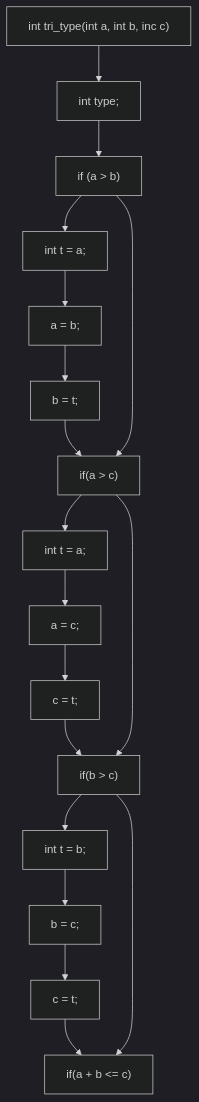
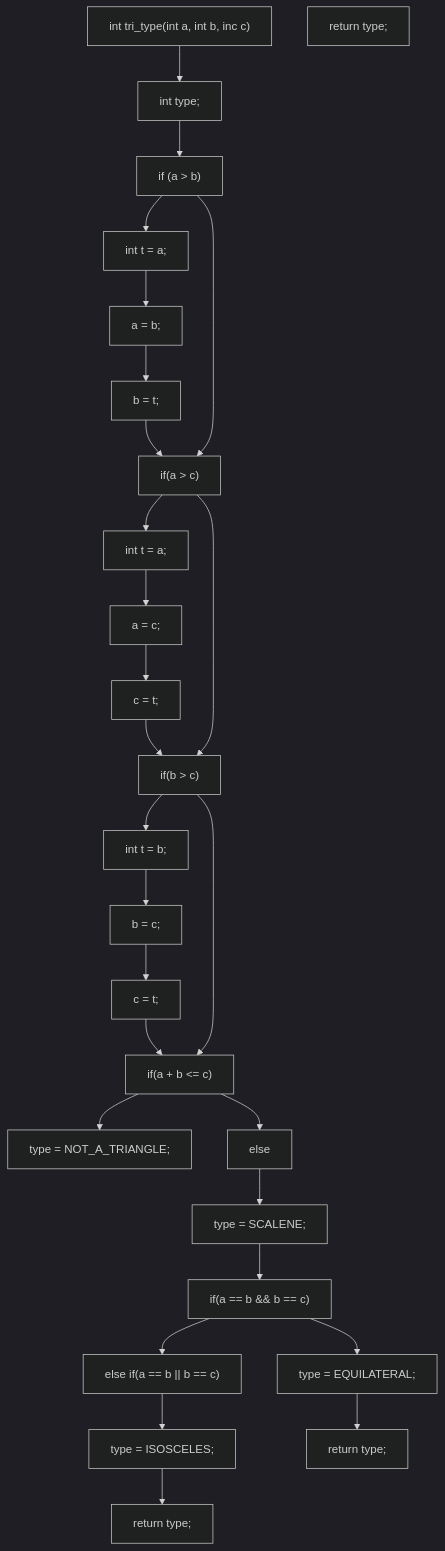
The second of 2 diagrams in README.md (hajer78945/eng5), drawn with Mermaid (dark theme) before and after one commit.

````diff
--- a/README.md
+++ b/README.md
@@ -203,18 +203,37 @@
 ```mermaid
 graph TD;
 id1["int tri_type(int a, int b, inc c)"]
 id2["int type;"]
 id1 --> id2;
 id3["if (a > b)"]
 id2 --> id3;
 id4["if(a > c)"]
 id3 --> id5["int t = a;"] --> id6["a = b;"] --> id7["b = t;"] --> id4
 id3 --> id4;
 id8["if(b > c)"]
 id4 --> id9["int t = a;"] --> id10["a = c;"] --> id11["c = t;"] --> id8
 id4 --> id8;
 id12["if(a + b <= c)"]
 id8 --> id13["int t = b;"] --> id14["b = c;"] --> id15["c = t;"] --> id12
 id8 --> id12;
+id16["type = NOT_A_TRIANGLE;"]
+id12 --> id16;
+id17["else"]
+id12 --> id17;
+id18["type = SCALENE;"]
+id17 --> id18;
+id19["if(a == b && b == c)"]
+id18 --> id19;
+id20["type = EQUILATERAL;"]
+id19 --> id20;
+id21["else if(a == b || b == c)"]
+id19 --> id21;
+id22["type = ISOSCELES;"]
+id21 --> id22;
+id23["return type;"]
+id22 --> id23;
+id24["return type;"]
+id20 --> id24;
+id25["return type;"]
 
 ```
````
